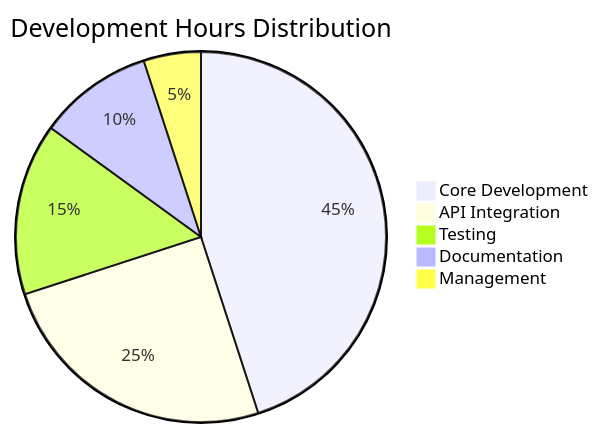
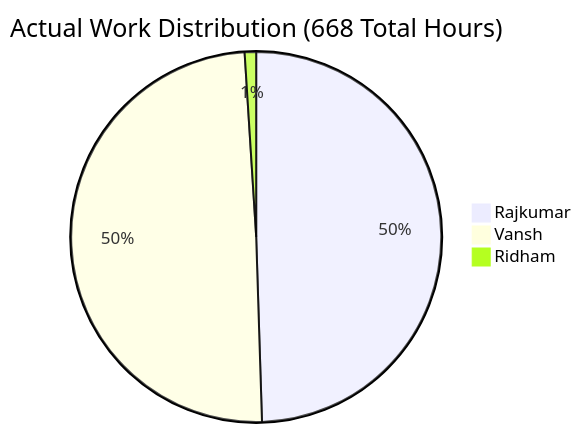
Diagram 12 of 15 in README.md (rajpatel8/Progress-Report), drawn with Mermaid before and after one commit. The commit also changed other lines of this file, not shown here.

````diff
--- a/README.md
+++ b/README.md
@@ -453,8 +453,6 @@
 ```mermaid
-pie title Development Hours Distribution
-    "Core Development" : 45
-    "API Integration" : 25
-    "Testing" : 15
-    "Documentation" : 10
-    "Management" : 5
+pie title Actual Work Distribution (668 Total Hours)
+    "Rajkumar" : 49.5
+    "Vansh" : 49.5
+    "Ridham" : 1
 ```
````
